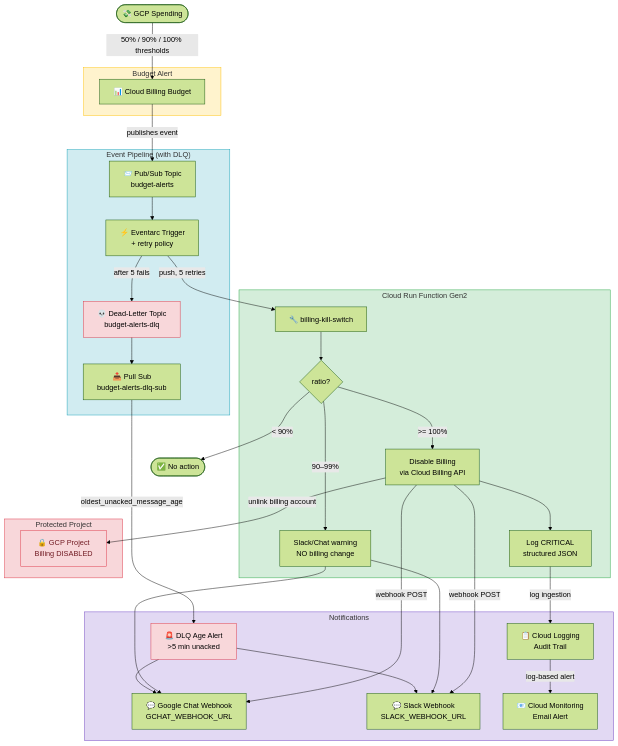
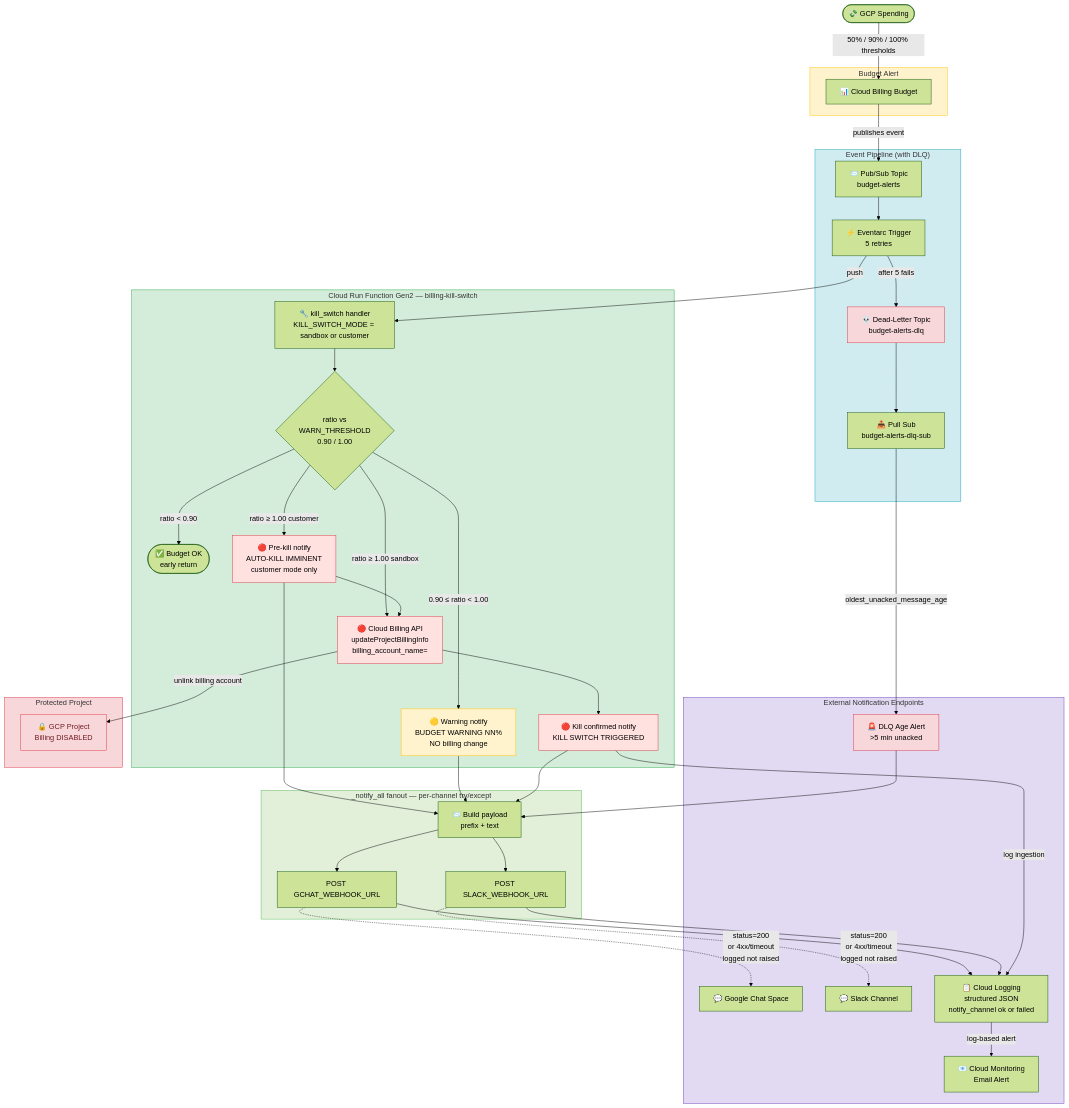
The diagram in README.md (satriawandicky/gcp-billing-kill-switch), drawn with Mermaid (forest theme) before and after one commit. The commit also changed other lines of this file, not shown here.

Commit message:
docs(readme): rewrite Architecture diagram + add non-destructive 90% test
Architecture mermaid:
- Surface the _notify_all fanout as its own subgraph (NG/NS POSTs with per-channel try/except, status logged to Cloud Logging)
- Split the >=100% path into customer-mode (pre-kill notify → disable) vs sandbox-mode (straight disable)
- Show ratio decision against WARN_THRESHOLD (0.90) and 1.00 explicitly
- Color the warning vs kill states (yellow vs red) and route DLQ age alert through the same fanout
- Add a "Reading the flow" paragraph that maps ratio bands to action so the diagram stays self-explanatory

Manual Test:
- Add Option A: non-destructive 90% synthetic publish with expected log lines (Budget check, BUDGET WARNING, notify_{gchat,slack} ok status=200) and a billingEnabled assertion that should remain True
- Keep the existing 100% kill path as Option B (now flagged explicitly as sandbox-only)

````diff
--- a/README.md
+++ b/README.md
@@ -69,25 +69,33 @@
 
     subgraph MESSAGING ["Event Pipeline (with DLQ)"]
         C[📨 Pub/Sub Topic\nbudget-alerts]
-        D[⚡ Eventarc Trigger\n+ retry policy]
+        D[⚡ Eventarc Trigger\n5 retries]
         DLQ[💀 Dead-Letter Topic\nbudget-alerts-dlq]
         DLQSUB[📥 Pull Sub\nbudget-alerts-dlq-sub]
     end
 
-    subgraph FUNCTION ["Cloud Run Function Gen2"]
-        E[🔧 billing-kill-switch]
-        E0{ratio?}
-        EW[Slack/Chat warning\nNO billing change]
-        E2[Disable Billing\nvia Cloud Billing API]
-        E3[Log CRITICAL\nstructured JSON]
+    subgraph FUNCTION ["Cloud Run Function Gen2 — billing-kill-switch"]
+        E[🔧 kill_switch handler\nKILL_SWITCH_MODE = sandbox or customer]
+        E0{ratio vs<br/>WARN_THRESHOLD<br/>0.90 / 1.00}
+        EOK([✅ Budget OK\nearly return])
+        EW[🟡 Warning notify\nBUDGET WARNING NN%\nNO billing change]
+        EPRE[🔴 Pre-kill notify\nAUTO-KILL IMMINENT\ncustomer mode only]
+        E2[🔴 Cloud Billing API\nupdateProjectBillingInfo\nbilling_account_name=]
+        E3[🔴 Kill confirmed notify\nKILL SWITCH TRIGGERED]
     end
 
-    subgraph NOTIFICATIONS ["Notifications"]
-        FG[💬 Google Chat Webhook\nGCHAT_WEBHOOK_URL]
-        FS[💬 Slack Webhook\nSLACK_WEBHOOK_URL]
+    subgraph NOTIFY_FN ["_notify_all fanout — per-channel try/except"]
+        NF[📨 Build payload\nprefix + text]
+        NG[POST GCHAT_WEBHOOK_URL]
+        NS[POST SLACK_WEBHOOK_URL]
+    end
+
+    subgraph NOTIFICATIONS ["External Notification Endpoints"]
+        FG[💬 Google Chat Space]
+        FS[💬 Slack Channel]
         G[📧 Cloud Monitoring\nEmail Alert]
         DLQA[🚨 DLQ Age Alert\n>5 min unacked]
-        H[📋 Cloud Logging\nAudit Trail]
+        H[📋 Cloud Logging\nstructured JSON\nnotify_channel ok or failed]
     end
 
     subgraph TARGET ["Protected Project"]
@@ -96,31 +104,44 @@
 
     B -->|publishes event| C
     C --> D
-    D -->|push, 5 retries| E
+    D -->|push| E
     D -->|after 5 fails| DLQ
     DLQ --> DLQSUB
     DLQSUB -->|oldest_unacked_message_age| DLQA
-    DLQA --> FG
-    DLQA --> FS
+    DLQA --> NF
+
     E --> E0
-    E0 -->|< 90%| Z([✅ No action])
-    E0 -->|90–99%| EW
-    EW --> FG
-    EW --> FS
-    E0 -->|>= 100%| E2
+    E0 -->|ratio < 0.90| EOK
+    E0 -->|0.90 ≤ ratio < 1.00| EW
+    E0 -->|ratio ≥ 1.00 customer| EPRE
+    E0 -->|ratio ≥ 1.00 sandbox| E2
+    EPRE --> NF
+    EPRE --> E2
+    EW --> NF
     E2 --> E3
     E2 -->|unlink billing account| I
-    E2 -->|webhook POST| FG
-    E2 -->|webhook POST| FS
+    E3 --> NF
+
+    NF --> NG
+    NF --> NS
+    NG -.->|status=200<br/>or 4xx/timeout<br/>logged not raised| FG
+    NS -.->|status=200<br/>or 4xx/timeout<br/>logged not raised| FS
+    NG --> H
+    NS --> H
     E3 -->|log ingestion| H
     H -->|log-based alert| G
 
     style BUDGET fill:#fff3cd,stroke:#ffc107
     style MESSAGING fill:#d1ecf1,stroke:#17a2b8
     style FUNCTION fill:#d4edda,stroke:#28a745
+    style NOTIFY_FN fill:#e2f0d9,stroke:#5cb85c
     style NOTIFICATIONS fill:#e2d9f3,stroke:#6f42c1
     style TARGET fill:#f8d7da,stroke:#dc3545
     style I fill:#f8d7da,stroke:#dc3545,color:#721c24
     style DLQ fill:#f8d7da,stroke:#dc3545
     style DLQA fill:#f8d7da,stroke:#dc3545
+    style EW fill:#fff3cd,stroke:#ffc107
+    style EPRE fill:#ffe1e0,stroke:#dc3545
+    style E2 fill:#ffe1e0,stroke:#dc3545
+    style E3 fill:#ffe1e0,stroke:#dc3545
 ```
````
